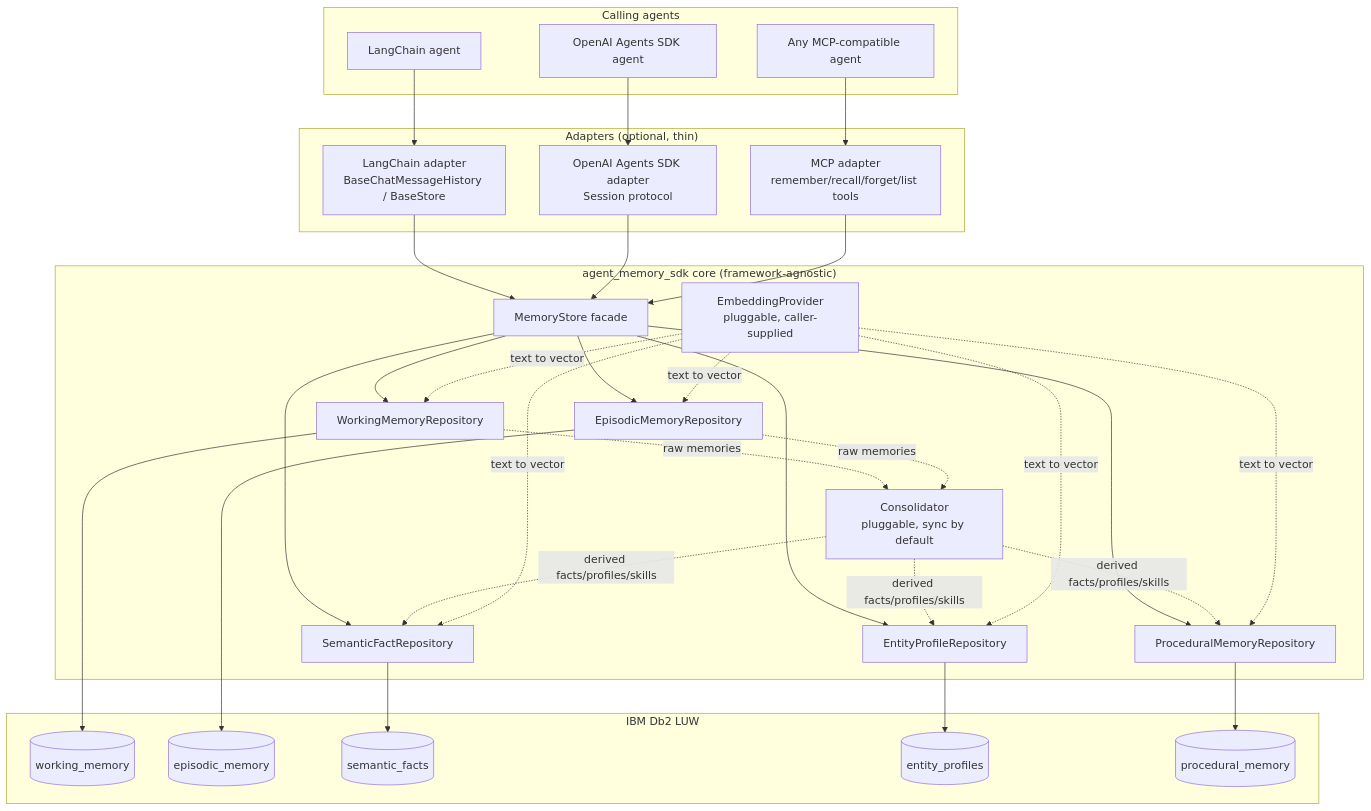
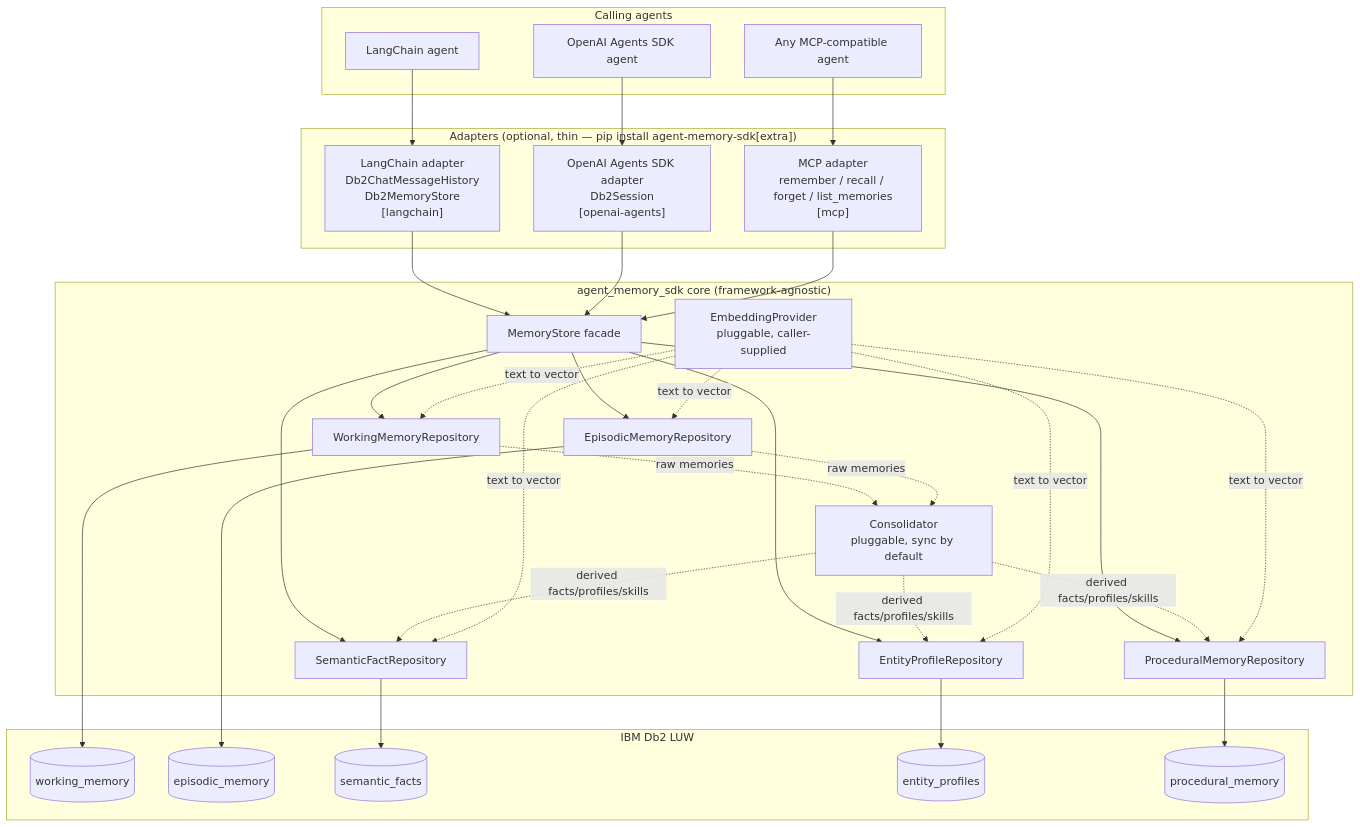
The first of 5 diagrams in ARCHITECTURE.md (priyanshu-krishnan1/yaadien), drawn with Mermaid before and after one commit. The commit also changed other lines of this file and 7 other files, not shown here.

````diff
--- a/ARCHITECTURE.md
+++ b/ARCHITECTURE.md
@@ -21,55 +21,55 @@
 ```mermaid
 flowchart TB
     subgraph Agents["Calling agents"]
         A1[LangChain agent]
         A2[OpenAI Agents SDK agent]
         A3[Any MCP-compatible agent]
     end
 
-    subgraph Adapters["Adapters (optional, thin)"]
-        L[LangChain adapter<br/>BaseChatMessageHistory / BaseStore]
-        O[OpenAI Agents SDK adapter<br/>Session protocol]
-        M[MCP adapter<br/>remember/recall/forget/list tools]
+    subgraph Adapters["Adapters (optional, thin — pip install agent-memory-sdk[extra])"]
+        L["LangChain adapter<br/>Db2ChatMessageHistory<br/>Db2MemoryStore<br/>[langchain]"]
+        O["OpenAI Agents SDK adapter<br/>Db2Session<br/>[openai-agents]"]
+        M["MCP adapter<br/>remember / recall / forget / list_memories<br/>[mcp]"]
     end
 
     subgraph Core["agent_memory_sdk core (framework-agnostic)"]
         MS[MemoryStore facade]
         WR[WorkingMemoryRepository]
         ER[EpisodicMemoryRepository]
         SR[SemanticFactRepository]
         PR[EntityProfileRepository]
         PC[ProceduralMemoryRepository]
         CO[Consolidator<br/>pluggable, sync by default]
         EP[EmbeddingProvider<br/>pluggable, caller-supplied]
     end
 
     subgraph Db2["IBM Db2 LUW"]
         T1[(working_memory)]
         T2[(episodic_memory)]
         T3[(semantic_facts)]
         T4[(entity_profiles)]
         T5[(procedural_memory)]
     end
 
     A1 --> L --> MS
     A2 --> O --> MS
     A3 --> M --> MS
 
     MS --> WR --> T1
     MS --> ER --> T2
     MS --> SR --> T3
     MS --> PR --> T4
     MS --> PC --> T5
 
     WR -. raw memories .-> CO
     ER -. raw memories .-> CO
     CO -. derived facts/profiles/skills .-> SR
     CO -. derived facts/profiles/skills .-> PR
     CO -. derived facts/profiles/skills .-> PC
 
     EP -. text to vector .-> WR
     EP -. text to vector .-> ER
     EP -. text to vector .-> SR
     EP -. text to vector .-> PR
     EP -. text to vector .-> PC
 ```
````
